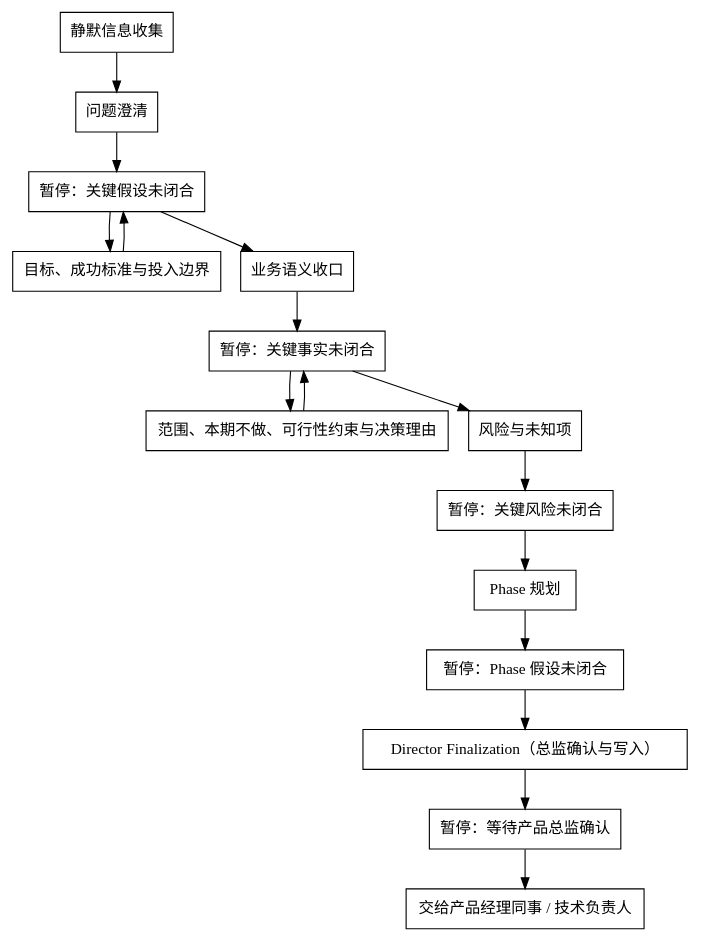
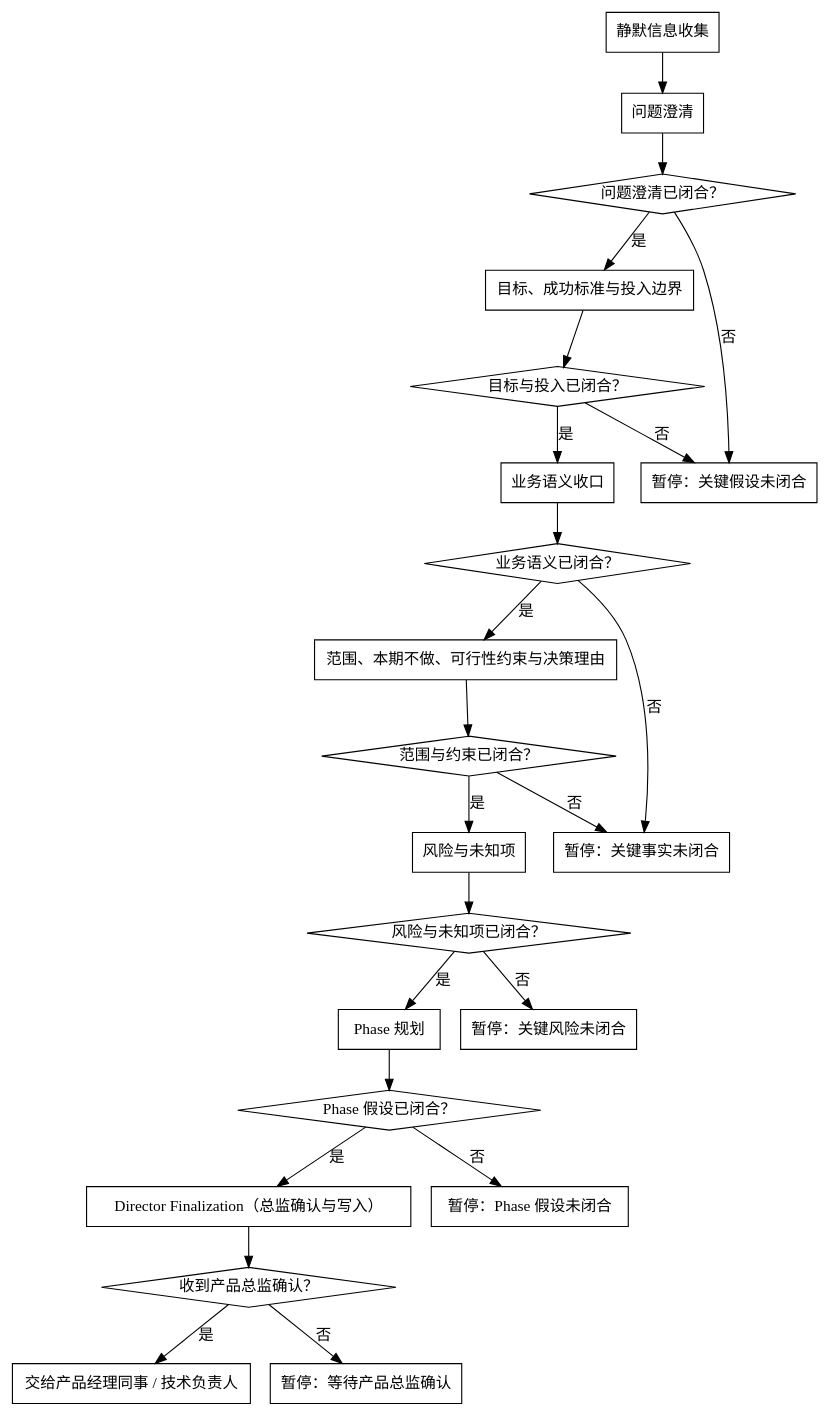
The diagram in shared/skills/product-director/SKILL.md (jieli-cqwl/org-claude-skills), drawn with Graphviz before and after one commit. The commit also changed other lines of this file and 79 other files, not shown here.

````diff
--- a/shared/skills/product-director/SKILL.md
+++ b/shared/skills/product-director/SKILL.md
@@ -53,14 +54,35 @@
 ```dot
 digraph product_director_flow {
   rankdir=TB;
   node [shape=box];
+  "问题澄清已闭合？" [shape=diamond];
+  "目标与投入已闭合？" [shape=diamond];
+  "业务语义已闭合？" [shape=diamond];
+  "范围与约束已闭合？" [shape=diamond];
+  "风险与未知项已闭合？" [shape=diamond];
+  "Phase 假设已闭合？" [shape=diamond];
+  "收到产品总监确认？" [shape=diamond];
   "静默信息收集" -> "问题澄清";
-  "问题澄清" -> "暂停：关键假设未闭合" -> "目标、成功标准与投入边界";
-  "目标、成功标准与投入边界" -> "暂停：关键假设未闭合" -> "业务语义收口";
-  "业务语义收口" -> "暂停：关键事实未闭合" -> "范围、本期不做、可行性约束与决策理由";
-  "范围、本期不做、可行性约束与决策理由" -> "暂停：关键事实未闭合" -> "风险与未知项";
-  "风险与未知项" -> "暂停：关键风险未闭合" -> "Phase 规划";
-  "Phase 规划" -> "暂停：Phase 假设未闭合" -> "Director Finalization（总监确认与写入）";
-  "Director Finalization（总监确认与写入）" -> "暂停：等待产品总监确认" -> "交给产品经理同事 / 技术负责人";
+  "问题澄清" -> "问题澄清已闭合？";
+  "问题澄清已闭合？" -> "目标、成功标准与投入边界" [label="是"];
+  "问题澄清已闭合？" -> "暂停：关键假设未闭合" [label="否"];
+  "目标、成功标准与投入边界" -> "目标与投入已闭合？";
+  "目标与投入已闭合？" -> "业务语义收口" [label="是"];
+  "目标与投入已闭合？" -> "暂停：关键假设未闭合" [label="否"];
+  "业务语义收口" -> "业务语义已闭合？";
+  "业务语义已闭合？" -> "范围、本期不做、可行性约束与决策理由" [label="是"];
+  "业务语义已闭合？" -> "暂停：关键事实未闭合" [label="否"];
+  "范围、本期不做、可行性约束与决策理由" -> "范围与约束已闭合？";
+  "范围与约束已闭合？" -> "风险与未知项" [label="是"];
+  "范围与约束已闭合？" -> "暂停：关键事实未闭合" [label="否"];
+  "风险与未知项" -> "风险与未知项已闭合？";
+  "风险与未知项已闭合？" -> "Phase 规划" [label="是"];
+  "风险与未知项已闭合？" -> "暂停：关键风险未闭合" [label="否"];
+  "Phase 规划" -> "Phase 假设已闭合？";
+  "Phase 假设已闭合？" -> "Director Finalization（总监确认与写入）" [label="是"];
+  "Phase 假设已闭合？" -> "暂停：Phase 假设未闭合" [label="否"];
+  "Director Finalization（总监确认与写入）" -> "收到产品总监确认？";
+  "收到产品总监确认？" -> "交给产品经理同事 / 技术负责人" [label="是"];
+  "收到产品总监确认？" -> "暂停：等待产品总监确认" [label="否"];
 }
 ```
````
